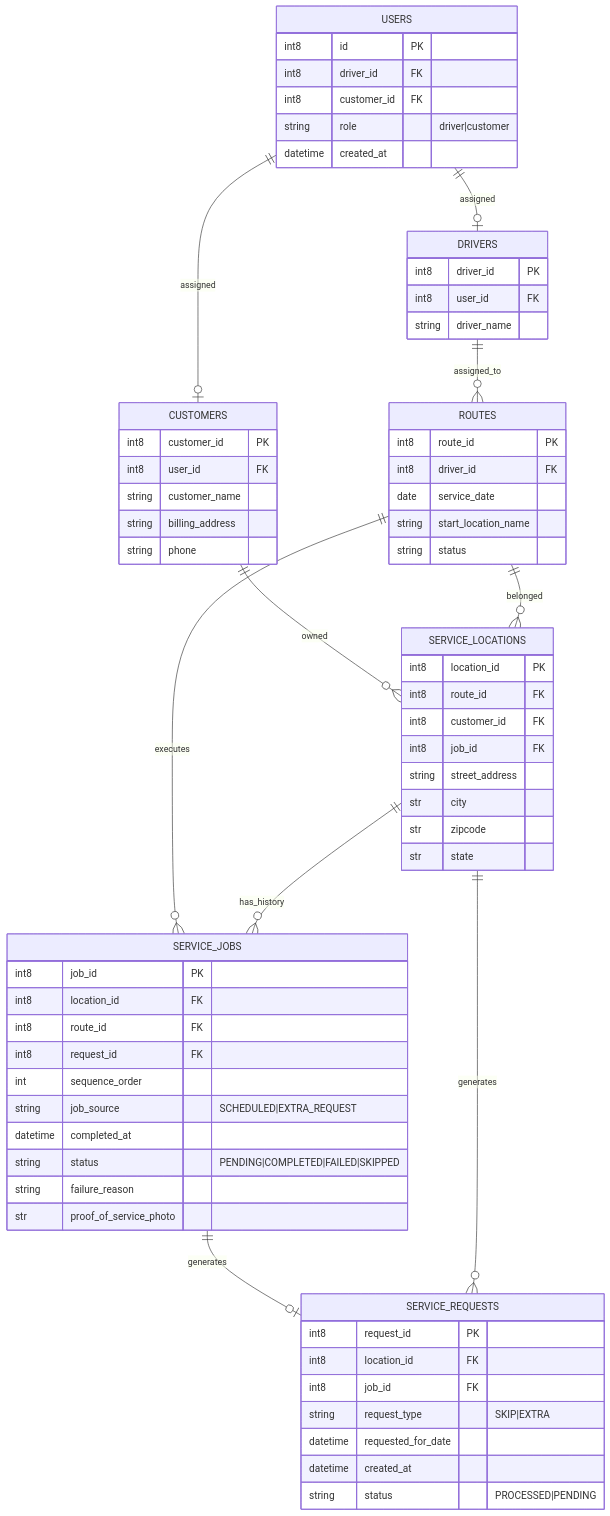
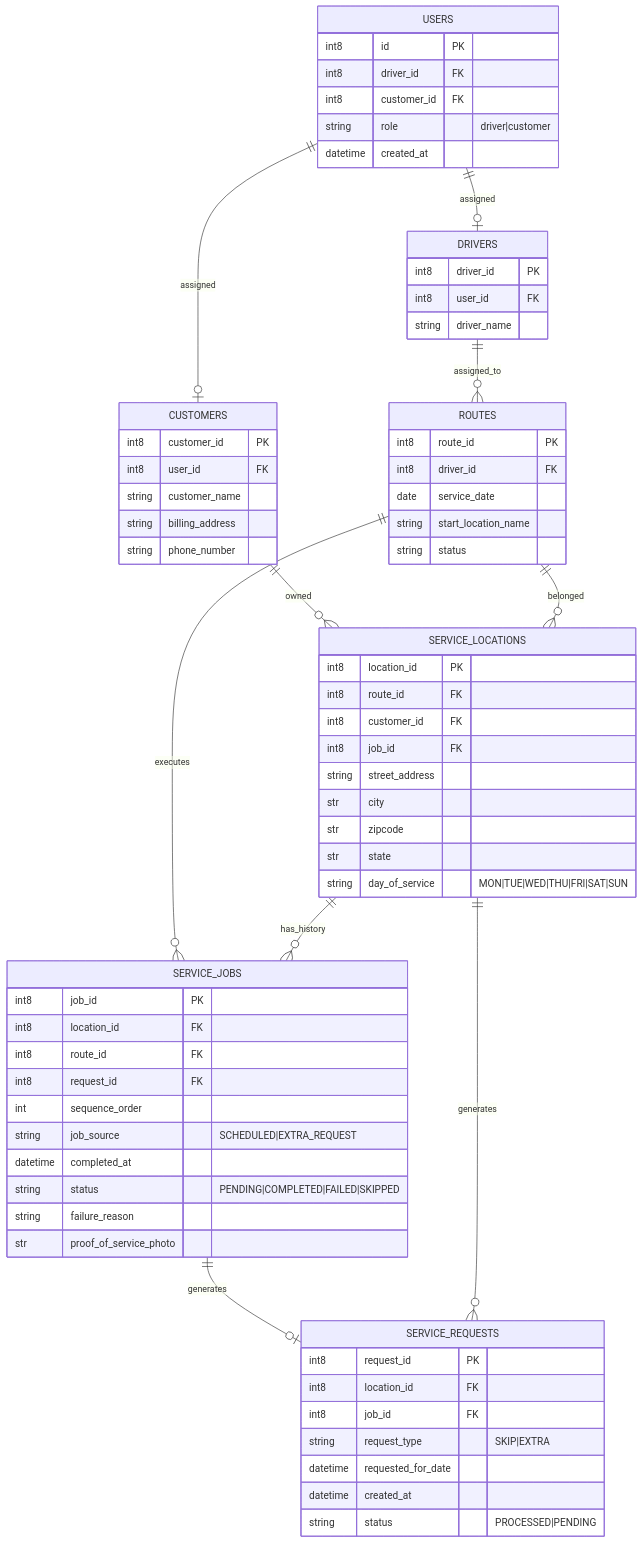
One commit to Demonico/dsd-feb-26-cohort changed the diagram in erd.md. Above: the diagram before and after it, drawn with Mermaid. The commit also changed 6 other files, not shown here.

````diff
--- a/erd.md
+++ b/erd.md
@@ -1,78 +1,79 @@
 ```mermaid
 erDiagram
     CUSTOMERS {
         int8 customer_id PK
         int8 user_id FK
         string customer_name
         string billing_address
-        string phone
+        string phone_number
     }
 
     SERVICE_LOCATIONS {
         int8 location_id PK
         int8 route_id FK
         int8 customer_id FK
         int8 job_id FK
         string street_address
         str city
         str zipcode
         str state
+        string day_of_service "MON|TUE|WED|THU|FRI|SAT|SUN"
     }
 
     DRIVERS {
         int8 driver_id PK
         int8 user_id FK
         string driver_name
     }
 
     %% Dynamic / Daily Data
     ROUTES {
         int8 route_id PK
         int8 driver_id FK
         date service_date
         string start_location_name
         string status
     }
 
     SERVICE_JOBS {
         int8 job_id PK
         int8 location_id FK
         int8 route_id FK
         int8 request_id FK
         int sequence_order
         string job_source "SCHEDULED|EXTRA_REQUEST"
         datetime completed_at
         string status "PENDING|COMPLETED|FAILED|SKIPPED"
         string failure_reason
         str proof_of_service_photo
     }
 
     SERVICE_REQUESTS {
         int8 request_id PK
         int8 location_id FK
         int8 job_id FK
         string request_type "SKIP|EXTRA"
         datetime requested_for_date
         datetime created_at
         string status "PROCESSED|PENDING"
     }
 
     USERS {
         int8 id PK
         int8 driver_id FK
         int8 customer_id FK
         string role "driver|customer"
         datetime created_at
     }
 
     %% Relationships
     CUSTOMERS ||--o{ SERVICE_LOCATIONS : "owned"
     USERS ||--o| CUSTOMERS : "assigned"
     USERS ||--o| DRIVERS : "assigned"
     DRIVERS ||--o{ ROUTES : "assigned_to"
     ROUTES ||--o{ SERVICE_JOBS : "executes"
     ROUTES ||--o{ SERVICE_LOCATIONS : "belonged"
     SERVICE_JOBS ||--o| SERVICE_REQUESTS : "generates"
     SERVICE_LOCATIONS ||--o{ SERVICE_JOBS : "has_history"
     SERVICE_LOCATIONS ||--o{ SERVICE_REQUESTS : "generates"
 ```
````
